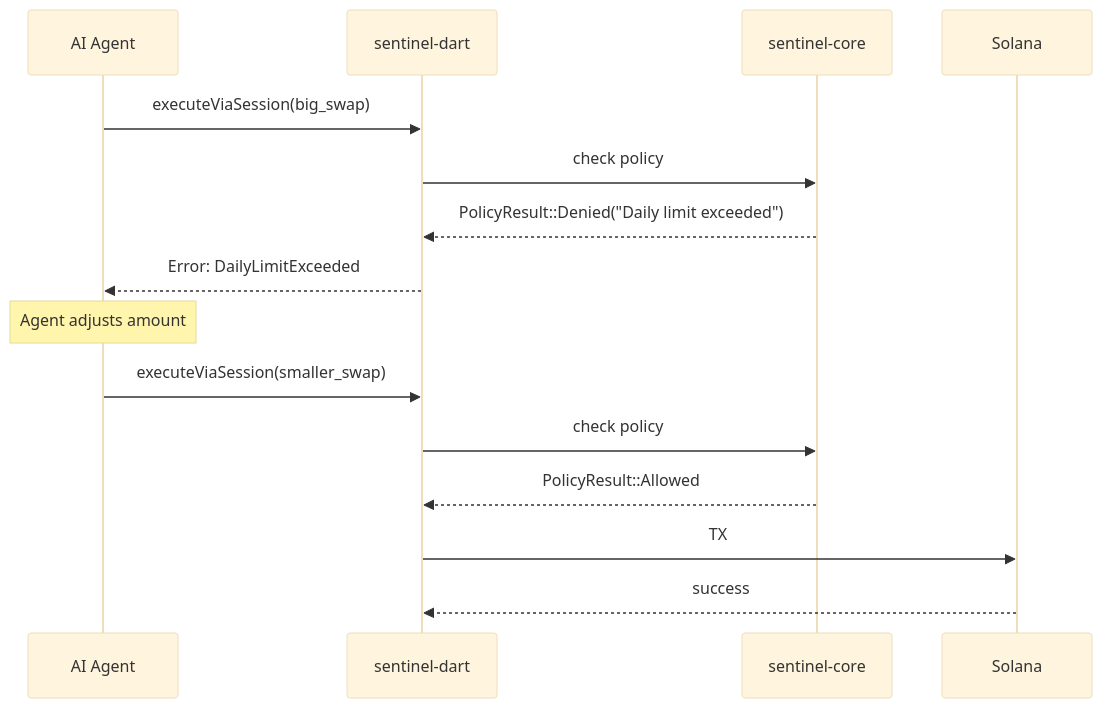
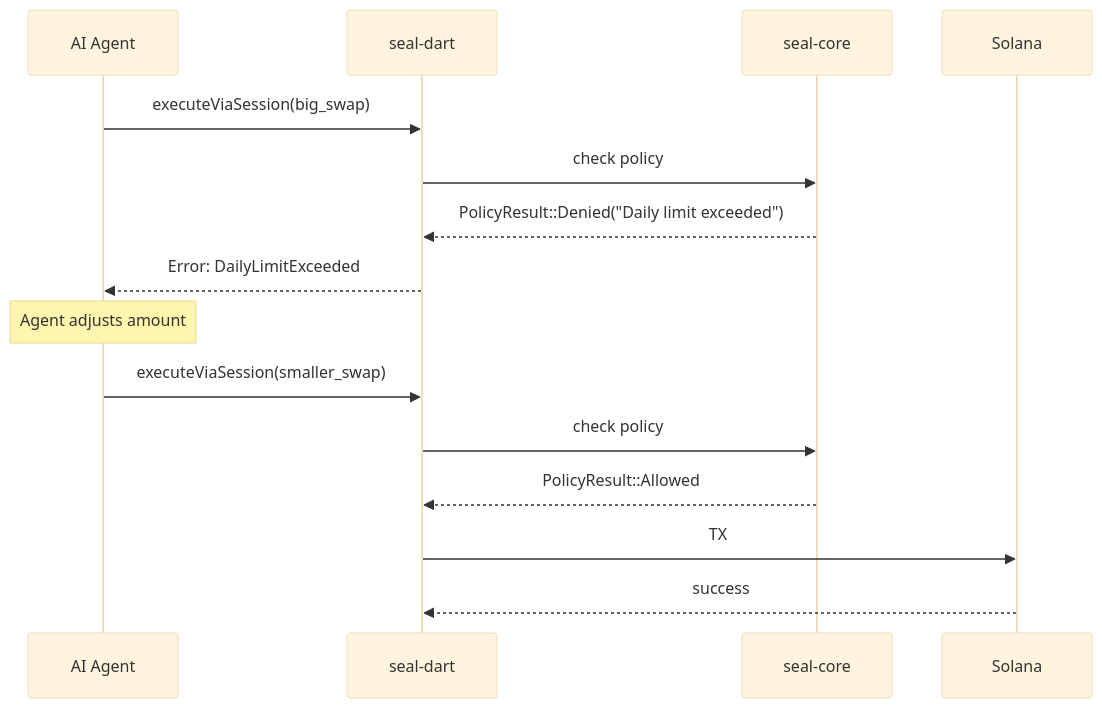
One commit to Immadominion/sentinel changed the seventh of 8 diagrams in ARCHITECTURE.md. Above: the diagram before and after it, drawn with Mermaid (base theme). The commit also changed other lines of this file and 176 other files, not shown here.

Commit message:
REVAMP/ change name from Sentinel to Seal

````diff
--- a/ARCHITECTURE.md
+++ b/ARCHITECTURE.md
@@ -572,20 +572,20 @@
 ```mermaid
 sequenceDiagram
     participant Agent as AI Agent
-    participant SDK as sentinel-dart
-    participant Core as sentinel-core
+    participant SDK as seal-dart
+    participant Core as seal-core
     participant Chain as Solana
 
     Agent->>SDK: executeViaSession(big_swap)
     SDK->>Core: check policy
     Core-->>SDK: PolicyResult::Denied("Daily limit exceeded")
     SDK-->>Agent: Error: DailyLimitExceeded
 
     Note over Agent: Agent adjusts amount
 
     Agent->>SDK: executeViaSession(smaller_swap)
     SDK->>Core: check policy
     Core-->>SDK: PolicyResult::Allowed
     SDK->>Chain: TX
     Chain-->>SDK: success
 ```
````
